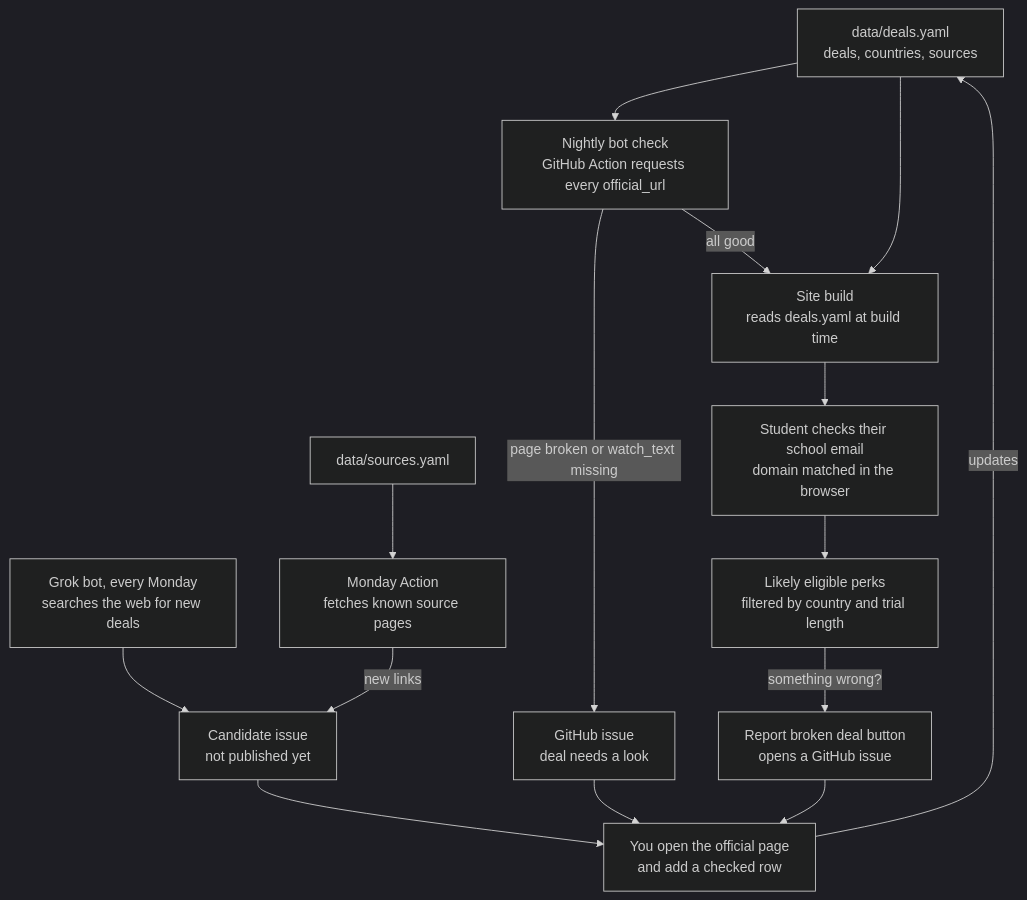
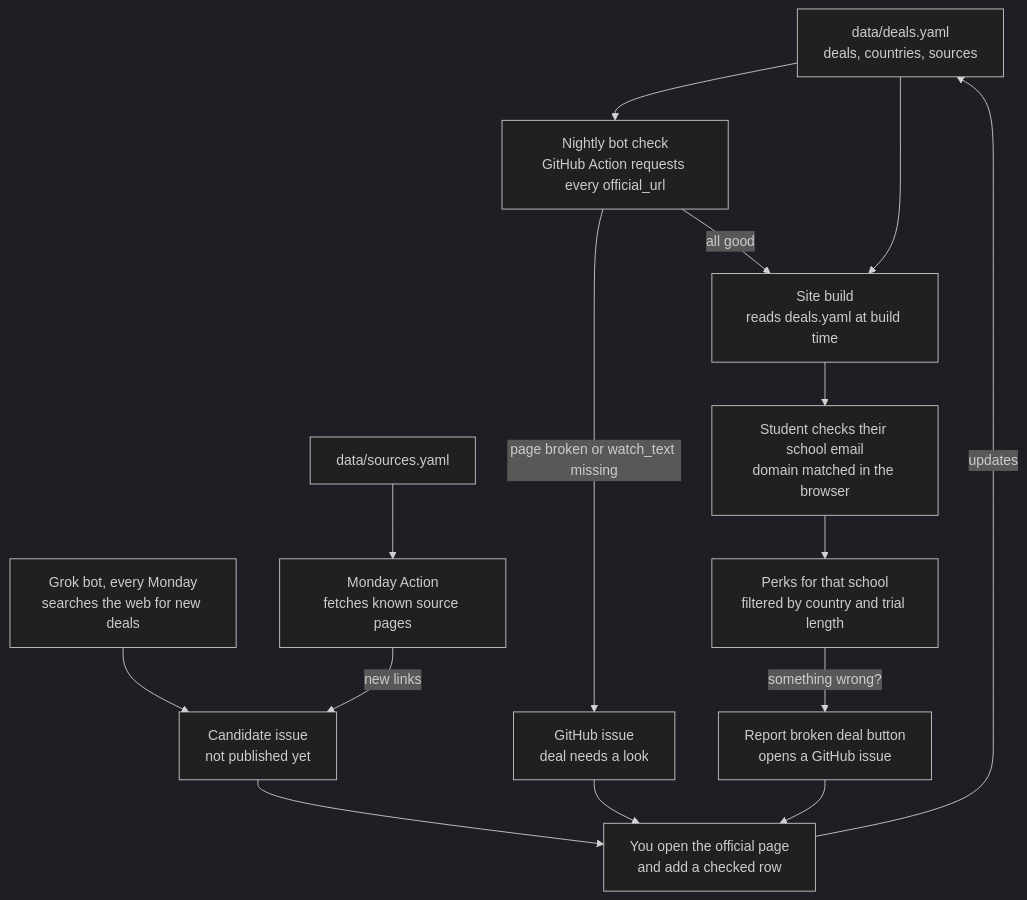
One commit to AyaanRathod/verified-student-perks changed the diagram in README.md. Above: the diagram before and after it, drawn with Mermaid (dark theme). The commit also changed other lines of this file and 9 other files, not shown here.

````diff
--- a/README.md
+++ b/README.md
@@ -104,17 +104,17 @@
 ```mermaid
 flowchart TD
     A["data/deals.yaml<br/>deals, countries, sources"] --> B["Nightly bot check<br/>GitHub Action requests every official_url"]
     B -->|page broken or watch_text missing| C["GitHub issue<br/>deal needs a look"]
     S["Grok bot, every Monday<br/>searches the web for new deals"] --> I["Candidate issue<br/>not published yet"]
     W["data/sources.yaml"] --> M["Monday Action<br/>fetches known source pages"]
     M -->|new links| I
     I --> D["You open the official page<br/>and add a checked row"]
     C --> D
     D -->|updates| A
     B -->|all good| E["Site build<br/>reads deals.yaml at build time"]
     A --> E
     E --> F["Student checks their school email<br/>domain matched in the browser"]
-    F --> G["Likely eligible perks<br/>filtered by country and trial length"]
+    F --> G["Perks for that school<br/>filtered by country and trial length"]
     G -->|something wrong?| H["Report broken deal button<br/>opens a GitHub issue"]
     H --> D
 ```
````
